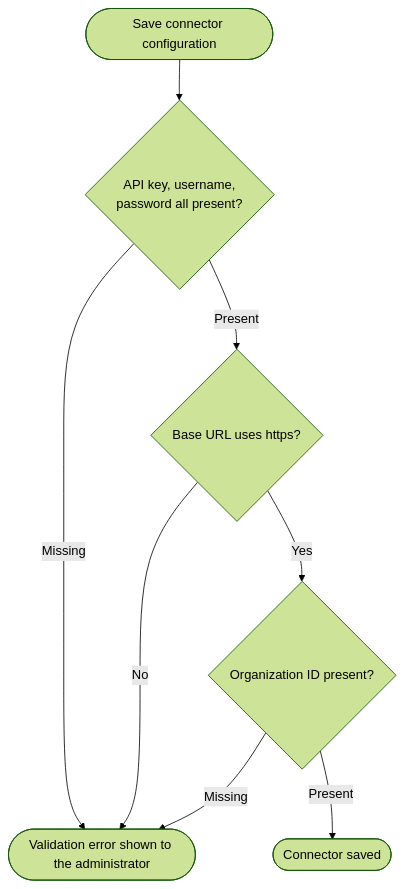
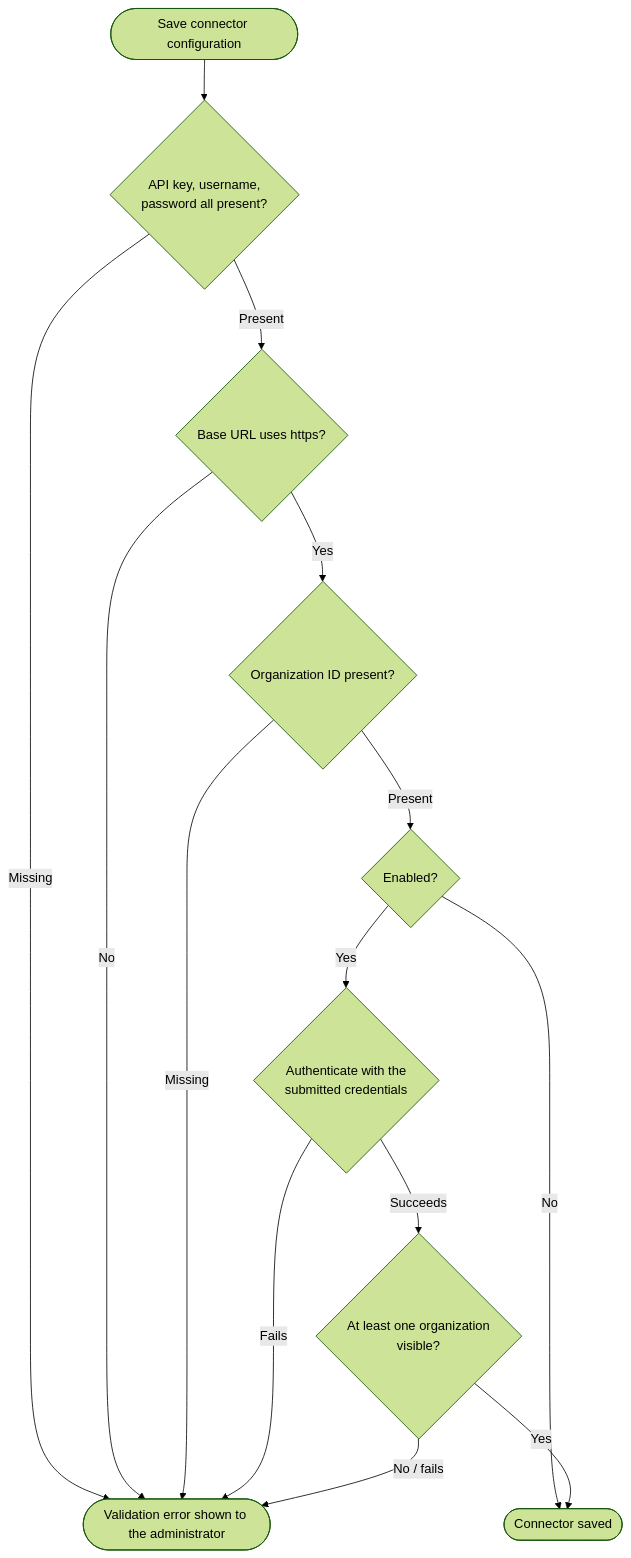
One commit to Keyfactor/markmonitor-caplugin changed the sixth of 6 diagrams in docs/architecture.md. Above: the diagram before and after it, drawn with Mermaid (forest theme). The commit also changed other lines of this file and 5 other files, not shown here.

Commit message:
docs: update architecture and codemap documentation

````diff
--- a/docs/architecture.md
+++ b/docs/architecture.md
@@ -154,10 +168,16 @@
 ```mermaid
 flowchart TD
     A([Save connector configuration]) --> B{"API key, username,<br/>password all present?"}
     B -- Missing --> E([Validation error shown to the administrator])
     B -- Present --> C{"Base URL uses https?"}
     C -- No --> E
     C -- Yes --> D{"Organization ID present?"}
     D -- Missing --> E
-    D -- Present --> F([Connector saved])
+    D -- Present --> N{"Enabled?"}
+    N -- No --> F([Connector saved])
+    N -- Yes --> G{"Authenticate with the<br/>submitted credentials"}
+    G -- Fails --> E
+    G -- Succeeds --> H{"At least one organization<br/>visible?"}
+    H -- No / fails --> E
+    H -- Yes --> F
 ```
````
